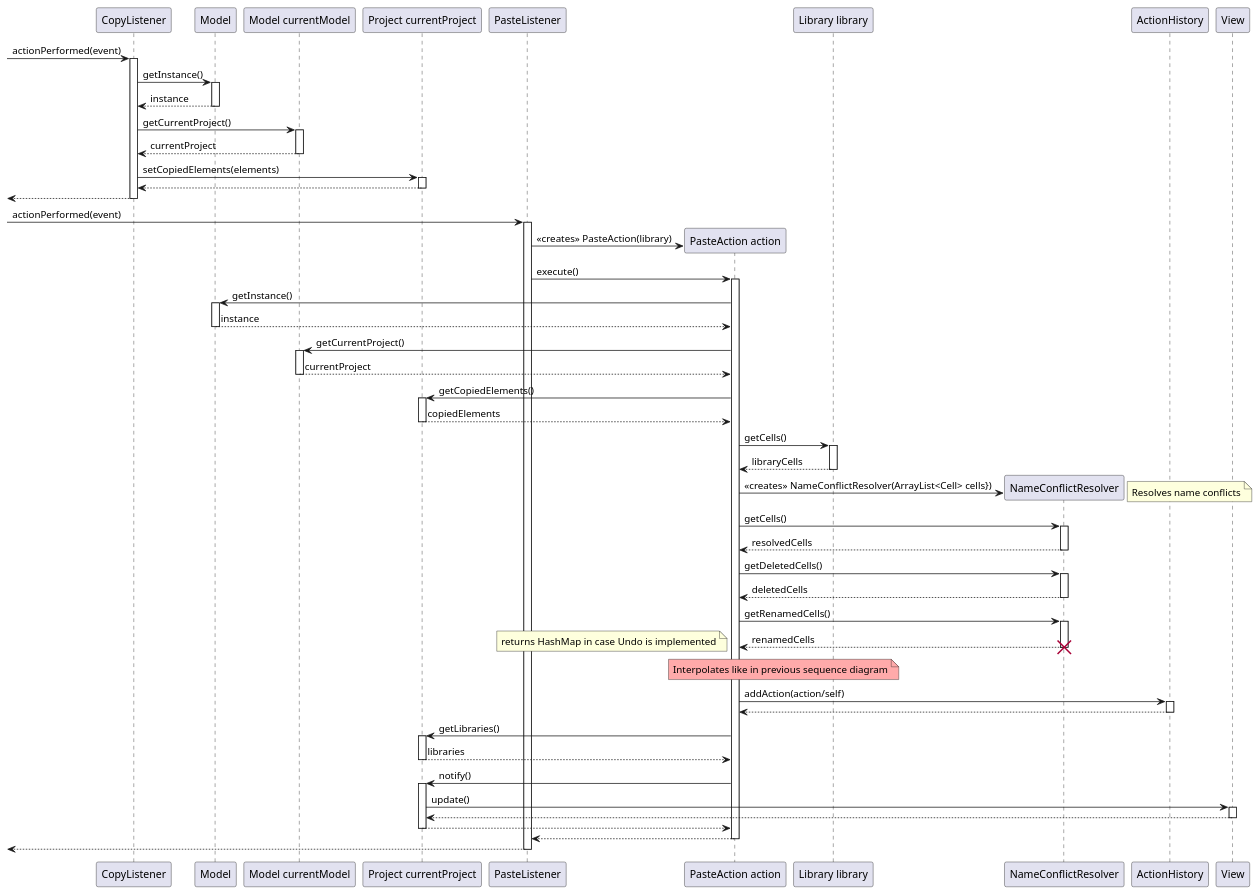
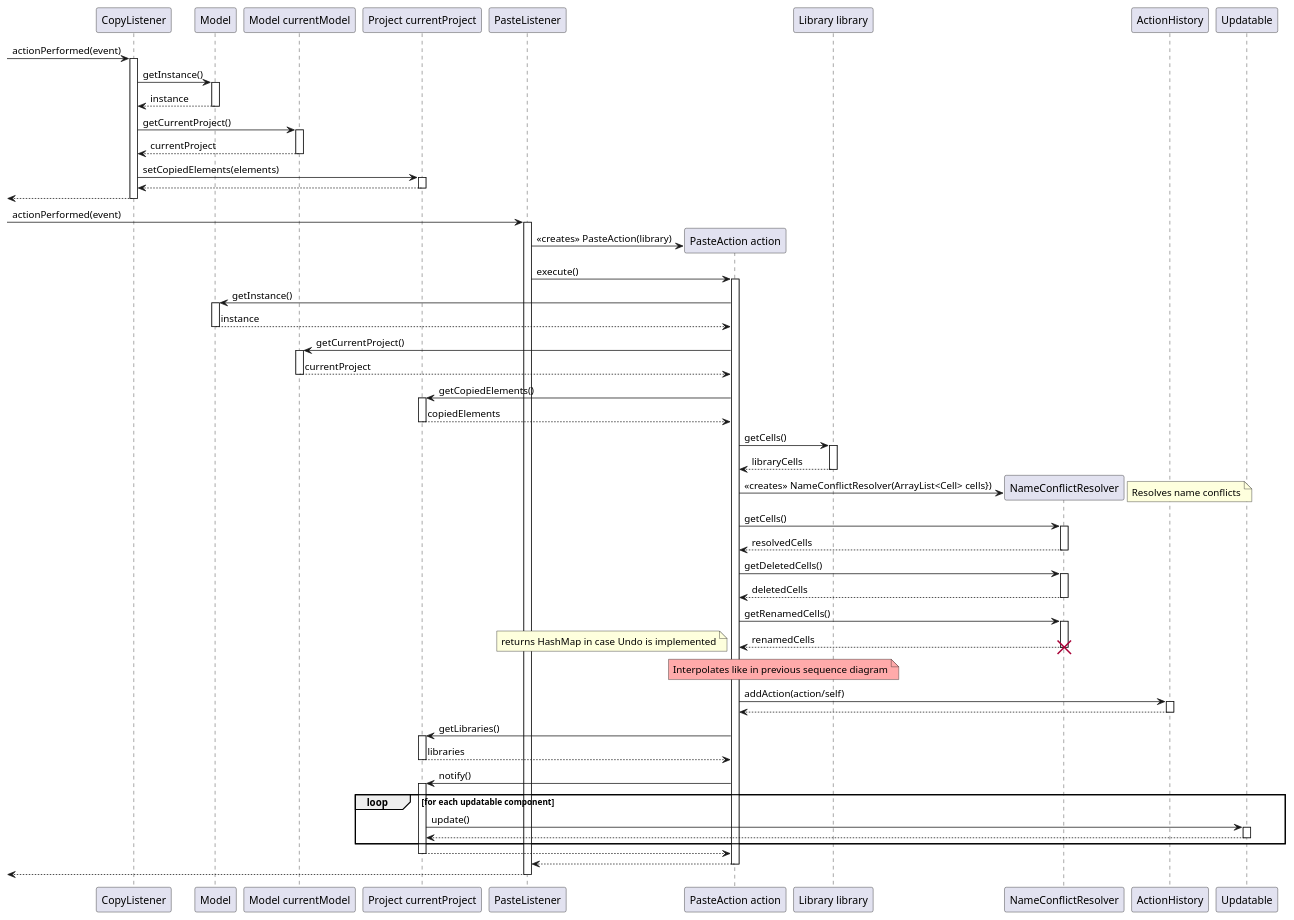
The diagram in Design Phase/SequenceDiagrams/FR-14.plantuml (AlpTorac/PSE-Report), drawn with PlantUML before and after one commit. The commit also changed 2 other files, not shown here.

```diff
--- a/Design Phase/SequenceDiagrams/FR-14.plantuml
+++ b/Design Phase/SequenceDiagrams/FR-14.plantuml
@@ -1,43 +1,45 @@
 @startuml
 -> CopyListener ++ : actionPerformed(event)
 CopyListener -> Model ++: getInstance()
 return instance
 CopyListener -> "Model currentModel" ++ : getCurrentProject()
 return currentProject
 CopyListener -> "Project currentProject" ++ : setCopiedElements(elements)
 return
 return
 -> PasteListener: actionPerformed(event)
 activate PasteListener
 PasteListener -> "PasteAction action" ** : <<creates>> PasteAction(library)
 PasteListener -> "PasteAction action" ++ : execute()
 "PasteAction action" -> Model ++ : getInstance()
 return instance
 "PasteAction action" -> "Model currentModel" ++ : getCurrentProject()
 return currentProject
 "PasteAction action" -> "Project currentProject" ++ : getCopiedElements()
 return copiedElements
 "PasteAction action" -> "Library library" ++ : getCells()
 return libraryCells
 "PasteAction action" -> NameConflictResolver ** : <<creates>> NameConflictResolver(ArrayList<Cell> cells})
 note right: Resolves name conflicts
 "PasteAction action" -> NameConflictResolver ++: getCells()
 return resolvedCells
 "PasteAction action" -> NameConflictResolver ++: getDeletedCells()
 return deletedCells
 "PasteAction action" -> NameConflictResolver ++: getRenamedCells()
 return renamedCells
 note left: returns HashMap in case Undo is implemented
 destroy NameConflictResolver
 note over "Library library", "PasteAction action" #FFAAAA: Interpolates like in previous sequence diagram
 "PasteAction action" -> ActionHistory ++ : addAction(action/self)
 return
 "PasteAction action" -> "Project currentProject" ++ : getLibraries()
 return libraries
 "PasteAction action" -> "Project currentProject" ++ : notify()
-"Project currentProject" -> View ++: update()
+loop for each updatable component 
+"Project currentProject" -> Updatable ++ : update()
 return
+end 
 return
 return
 return
 @enduml
```
